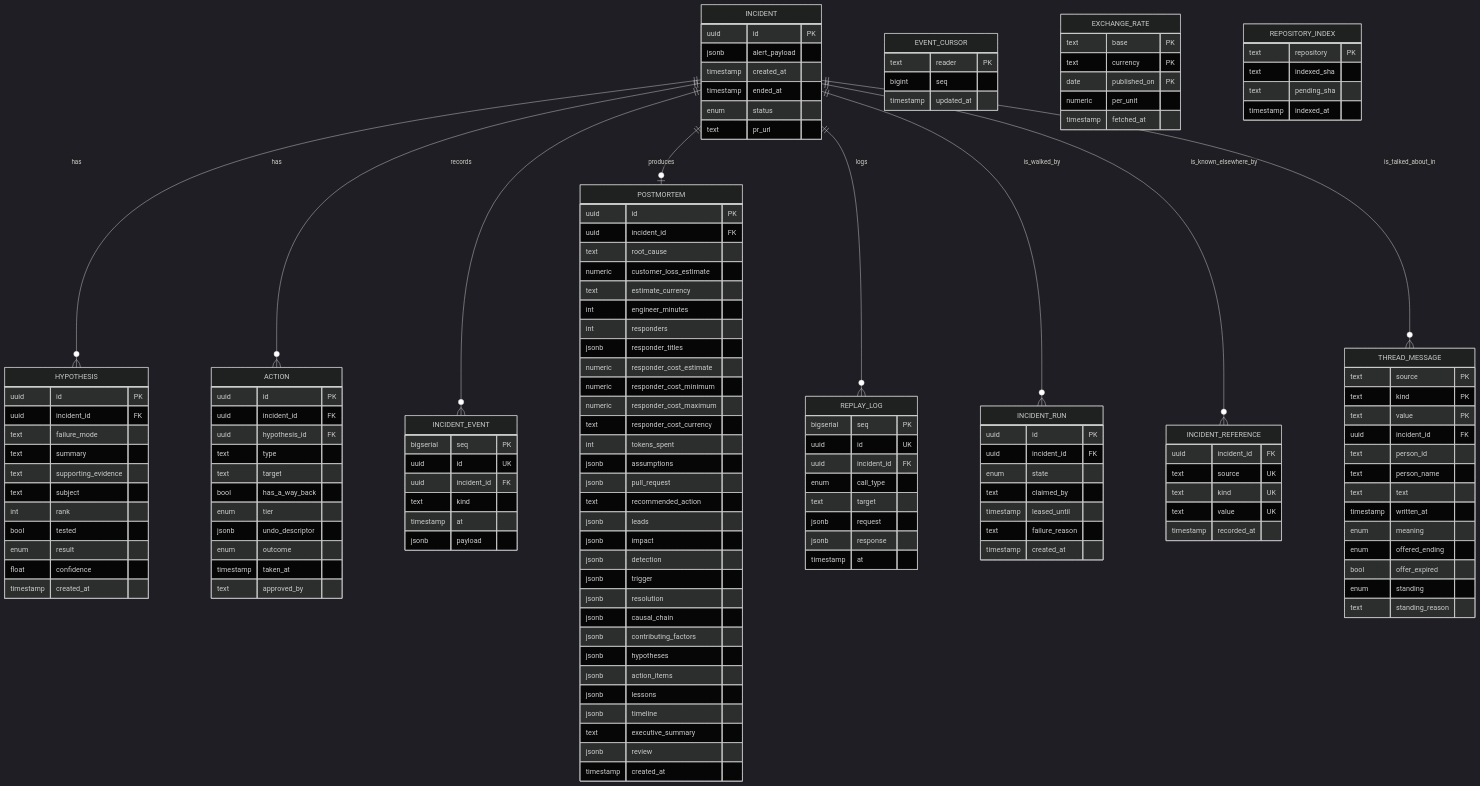
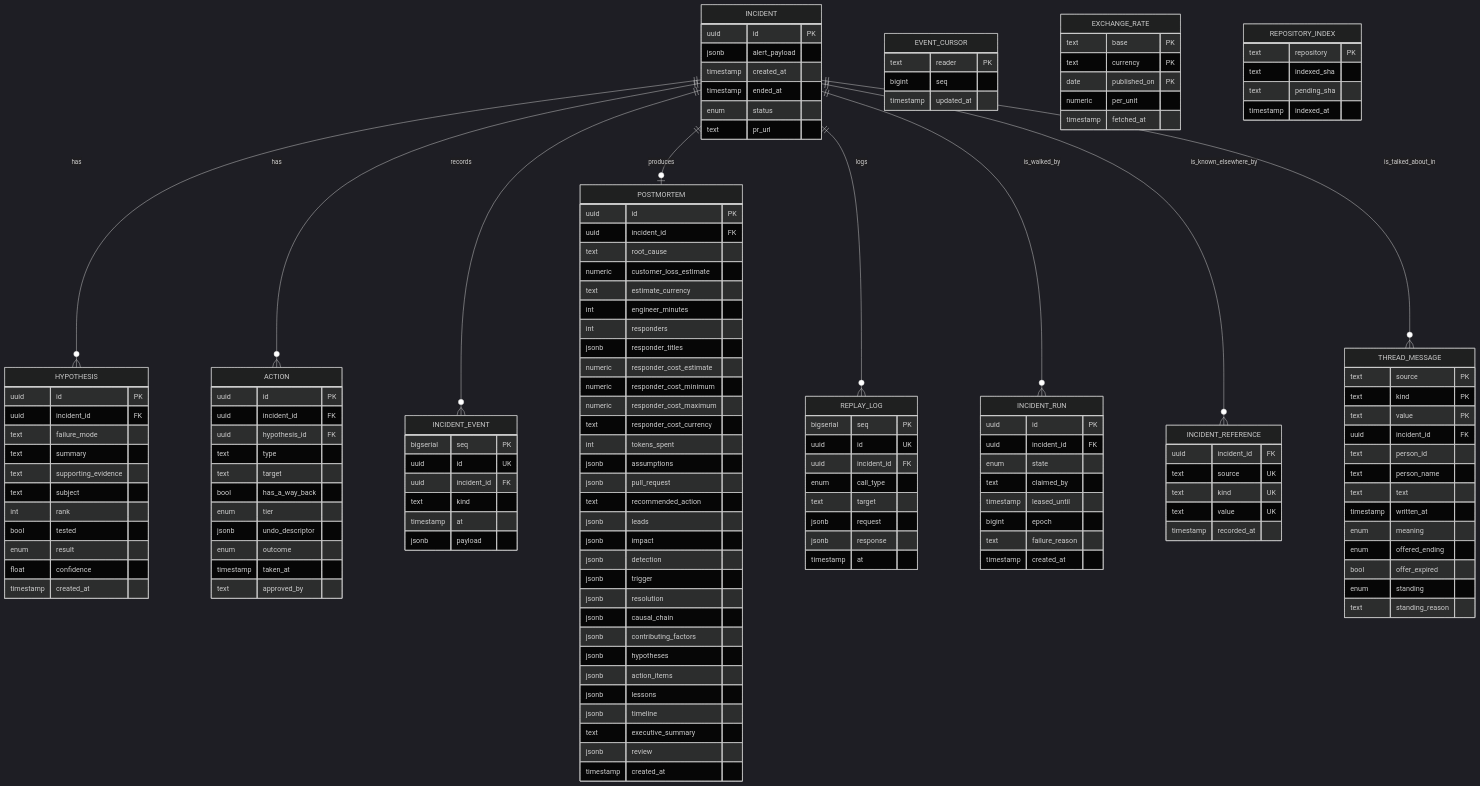
Before and after one commit to ohadraz/Argus: the fourth of 6 diagrams in docs/spec-and-architecture.md, drawn with Mermaid (dark theme). The commit also changed other lines of this file and 20 other files, not shown here.

```diff
--- a/docs/spec-and-architecture.md
+++ b/docs/spec-and-architecture.md
@@ -493,6 +495,7 @@
         enum state
         text claimed_by
         timestamp leased_until
+        bigint epoch
         text failure_reason
         timestamp created_at
     }
```
